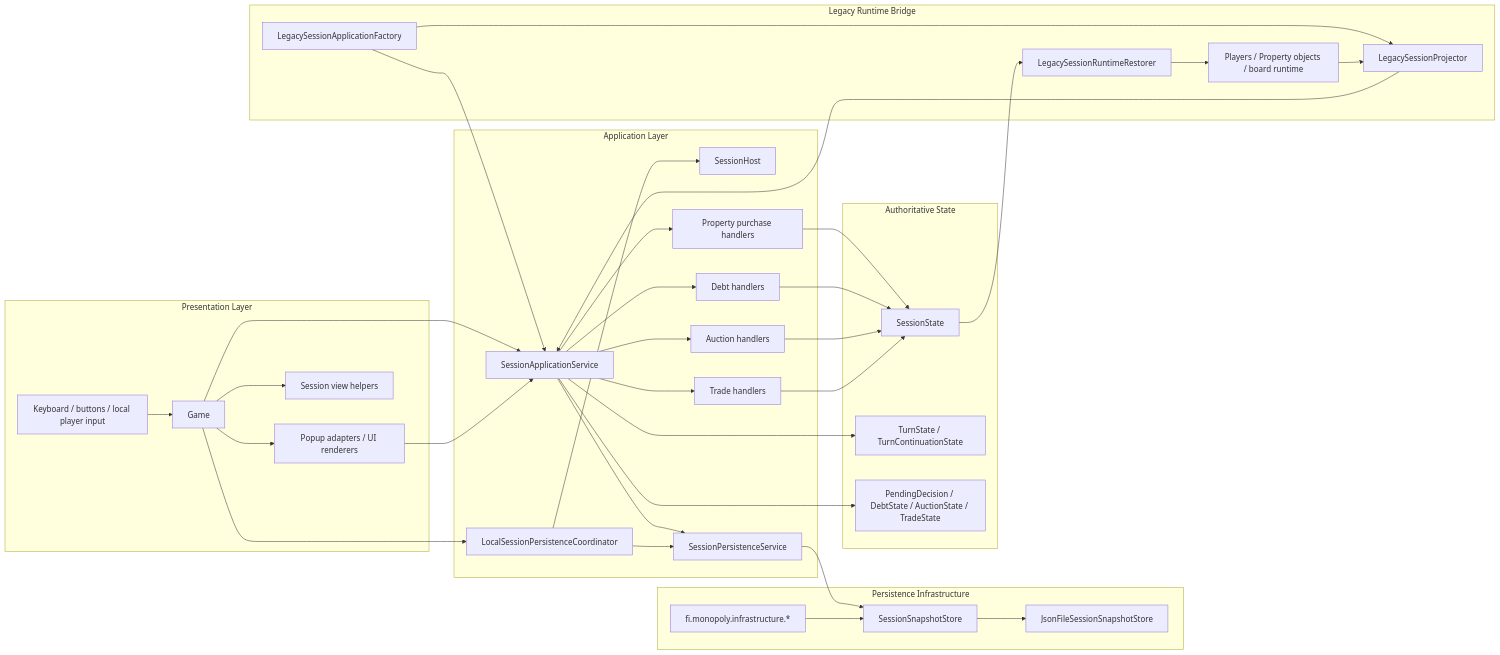
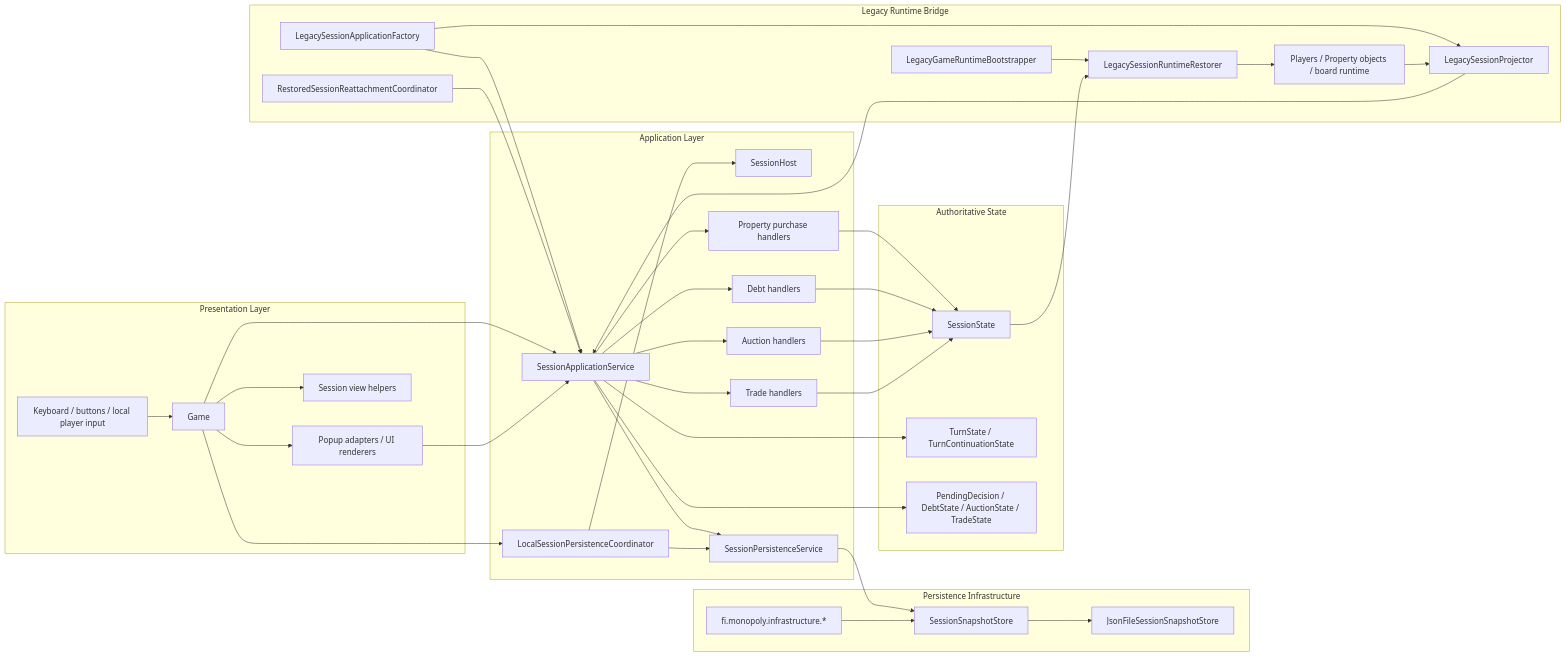
Before and after one commit to Jukkakot/MonopolyApp: the second of 5 diagrams in docs/architecture-overview-diagrams.md, drawn with Mermaid. The commit also changed other lines of this file and 3 other files, not shown here.

Commit message:
Extract restored session reattachment flow

````diff
--- a/docs/architecture-overview-diagrams.md
+++ b/docs/architecture-overview-diagrams.md
@@ -45,68 +45,72 @@
 ```mermaid
 flowchart LR
     subgraph Presentation[Presentation Layer]
         GAME[Game]
         POPUPS[Popup adapters / UI renderers]
         VIEW[Session view helpers]
         LOCALINPUT[Keyboard / buttons / local player input]
     end
 
     subgraph Application[Application Layer]
         APP[SessionApplicationService]
         HOST[SessionHost]
         PURCHASE[Property purchase handlers]
         DEBT[Debt handlers]
         AUCTION[Auction handlers]
         TRADE[Trade handlers]
         PERSIST[SessionPersistenceService]
         LOCALPERSIST[LocalSessionPersistenceCoordinator]
     end
 
     subgraph PersistenceInfra[Persistence Infrastructure]
         INFRA[fi.monopoly.infrastructure.*]
         STORE[SessionSnapshotStore]
         JSON[JsonFileSessionSnapshotStore]
     end
 
     subgraph Domain[Authoritative State]
         SESSION[SessionState]
         TURN[TurnState / TurnContinuationState]
         SUBSYSTEMS[PendingDecision / DebtState / AuctionState / TradeState]
     end
 
     subgraph LegacyBridge[Legacy Runtime Bridge]
         FACTORY[LegacySessionApplicationFactory]
+        BOOTSTRAP[LegacyGameRuntimeBootstrapper]
         PROJECTOR[LegacySessionProjector]
         RESTORER[LegacySessionRuntimeRestorer]
+        REATTACH[RestoredSessionReattachmentCoordinator]
         LEGACY[Players / Property objects / board runtime]
     end
 
     LOCALINPUT --> GAME
     GAME --> POPUPS
     GAME --> VIEW
     GAME --> APP
     GAME --> LOCALPERSIST
     LOCALPERSIST --> HOST
     POPUPS --> APP
     APP --> PURCHASE
     APP --> DEBT
     APP --> AUCTION
     APP --> TRADE
     APP --> PERSIST
     LOCALPERSIST --> PERSIST
     PURCHASE --> SESSION
     DEBT --> SESSION
     AUCTION --> SESSION
     TRADE --> SESSION
     APP --> TURN
     APP --> SUBSYSTEMS
     PERSIST --> STORE
     INFRA --> STORE
     STORE --> JSON
     FACTORY --> APP
     FACTORY --> PROJECTOR
+    BOOTSTRAP --> RESTORER
+    REATTACH --> APP
     PROJECTOR --> APP
     RESTORER --> LEGACY
     LEGACY --> PROJECTOR
     SESSION --> RESTORER
 ```
````
